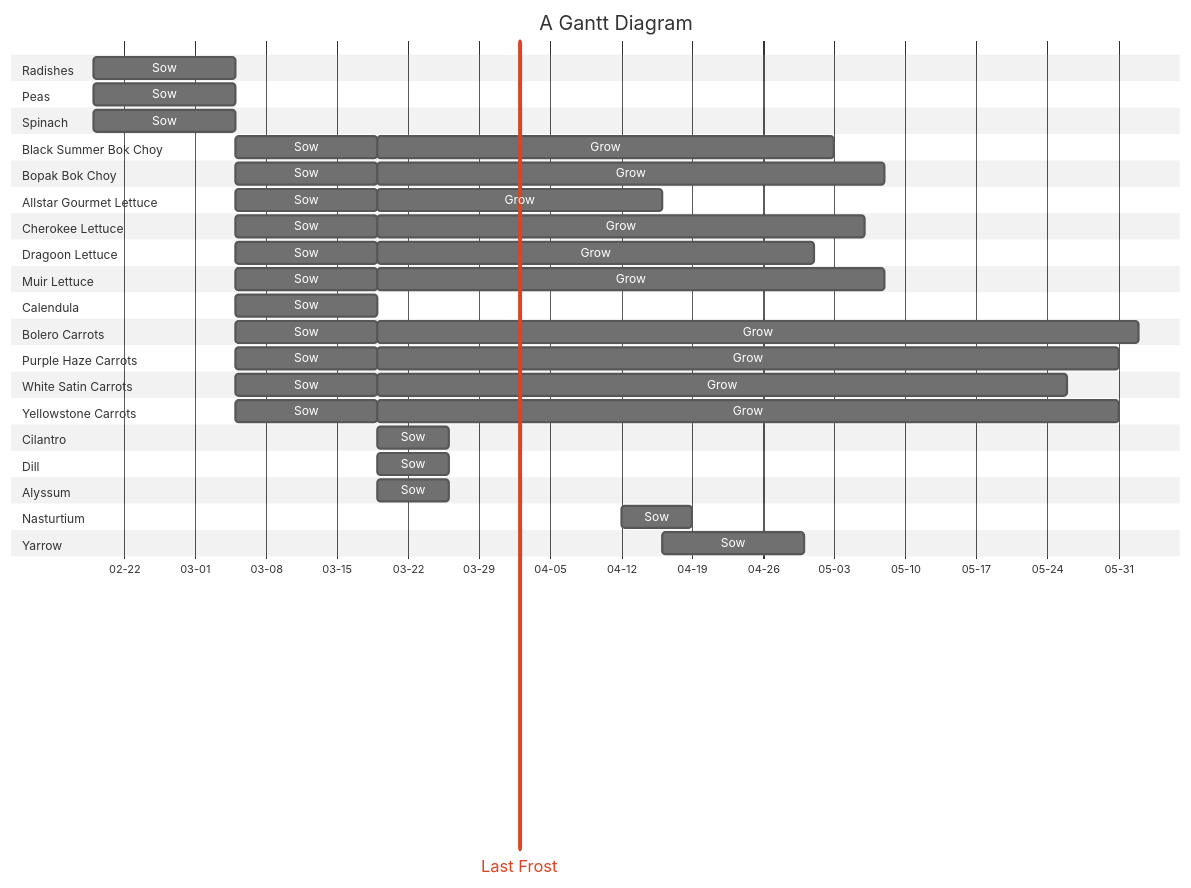
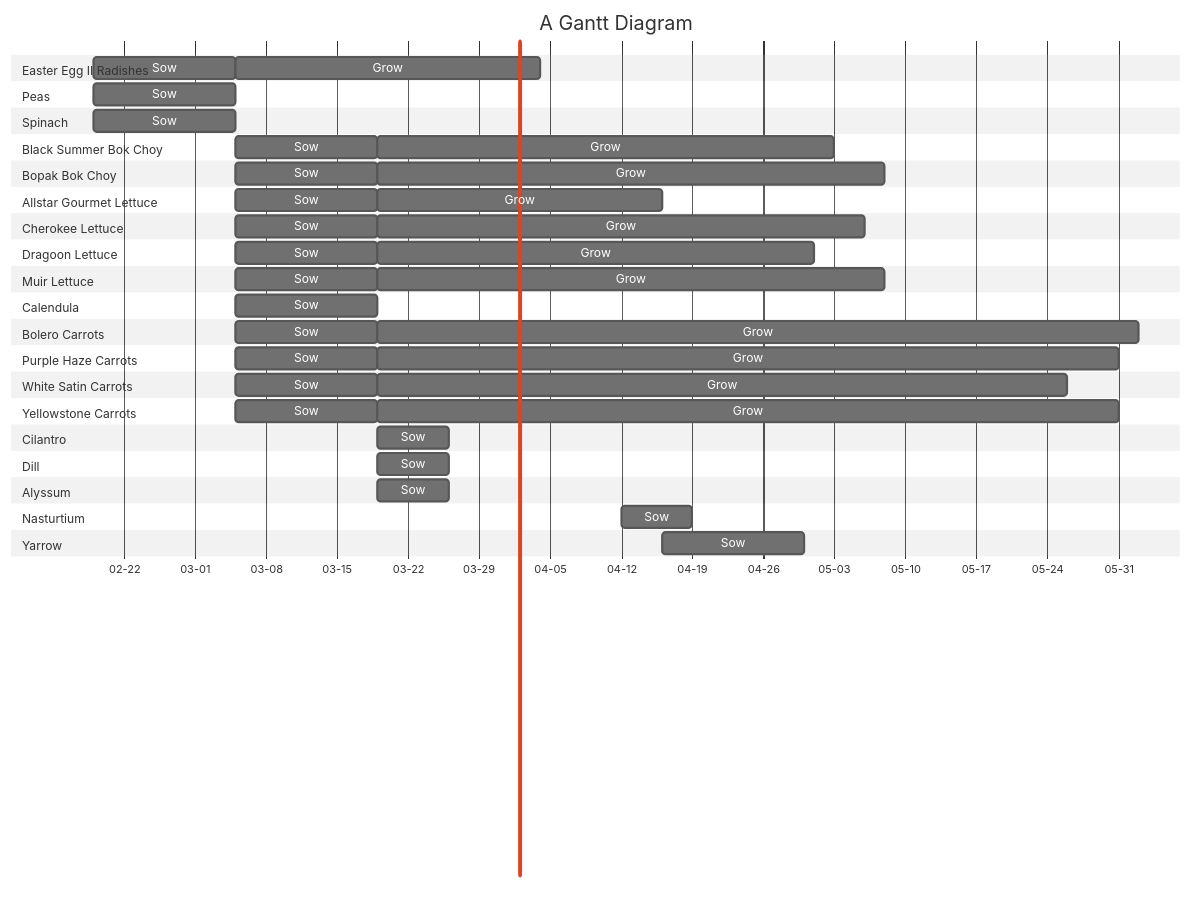
Before and after one commit to bjenning04/foam: the diagram in 2026-planting-schedule.md, drawn with Mermaid (neutral theme).

Commit message:
Feb 21, 2026, 9:08 PM

````diff
--- a/2026-planting-schedule.md
+++ b/2026-planting-schedule.md
@@ -3,58 +3,59 @@
 ```mermaid
 ---
 displayMode: compact
 ---
 gantt
     title A Gantt Diagram
     dateFormat YYYY-MM-DD
     axisFormat %m-%d
     Last Frost: vert, v1, 2026-04-02,
-    Section Radishes
+    Section Easter Egg II Radishes
         Sow: 2026-02-19, 14d
+        Grow: 2026-03-05, 30d
     Section Peas
         Sow: 2026-02-19, 14d
     Section Spinach
         Sow: 2026-02-19, 14d
     Section Black Summer Bok Choy
         Sow: 2026-03-05, 14d
         Grow: 2026-03-19, 45d
     Section Bopak Bok Choy
         Sow: 2026-03-05, 14d
         Grow: 2026-03-19, 50d
     Section Allstar Gourmet Lettuce
         Sow: 2026-03-05, 14d
         Grow: 2026-03-19, 28d
     Section Cherokee Lettuce
         Sow: 2026-03-05, 14d
         Grow: 2026-03-19, 48d
     Section Dragoon Lettuce
         Sow: 2026-03-05, 14d
         Grow: 2026-03-19, 43d
     Section Muir Lettuce
         Sow: 2026-03-05, 14d
         Grow: 2026-03-19, 50d
     Section Calendula
         Sow: 2026-03-05, 14d
     Section Bolero Carrots
         Sow: 2026-03-05, 14d
         Grow: 2026-03-19, 75d
     Section Purple Haze Carrots
         Sow: 2026-03-05, 14d
         Grow: 2026-03-19, 73d
     Section White Satin Carrots
         Sow: 2026-03-05, 14d
         Grow: 2026-03-19, 68d
     Section Yellowstone Carrots
         Sow: 2026-03-05, 14d
         Grow: 2026-03-19, 73d
     Section Cilantro
         Sow: 2026-03-19, 7d
     Section Dill
         Sow: 2026-03-19, 7d
     Section Alyssum
         Sow: 2026-03-19, 7d
     Section Nasturtium
         Sow: 2026-04-12, 7d
     Section Yarrow
         Sow: 2026-04-16, 14d
 ```
````
